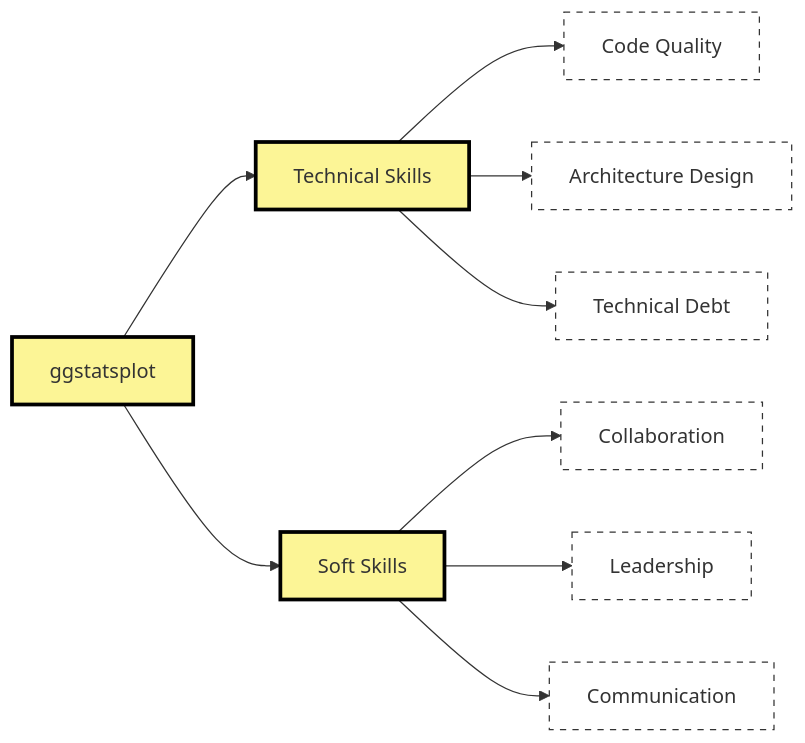
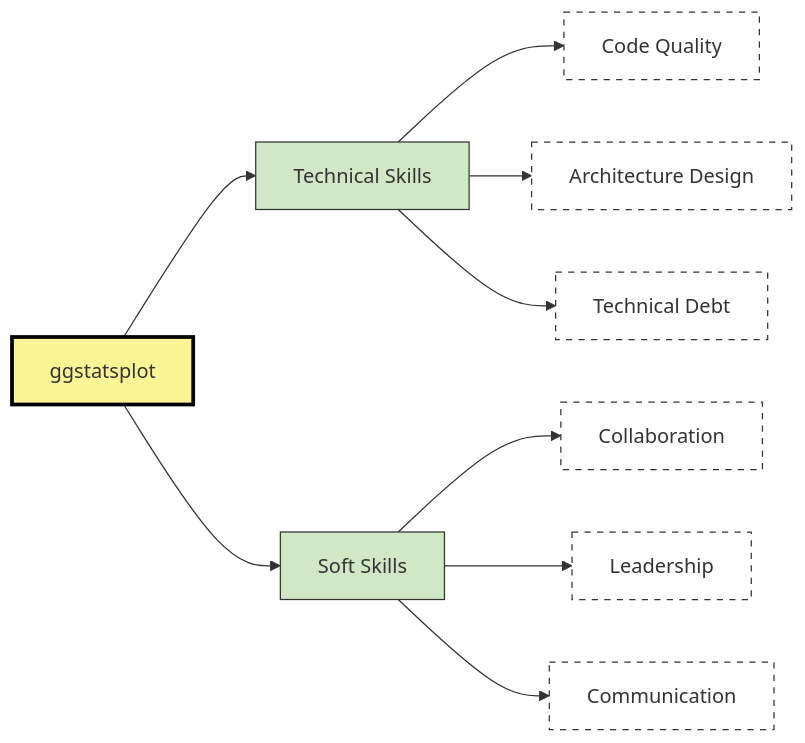
Before and after one commit to IndrajeetPatil/intro-to-ggstatsplot: the second of 2 diagrams in index.qmd, drawn with Mermaid. The commit also changed other lines of this file and 2 other files, not shown here.

````diff
--- a/index.qmd
+++ b/index.qmd
@@ -519,26 +519,27 @@
 ```{mermaid}
 %%| label: "biography"
 %%| echo: false
 graph LR
     Project[ggstatsplot]
 
     %% Technical Skills Branch
     Project --> TechSkills[Technical Skills]
     TechSkills --> CodeQuality[Code Quality]
     TechSkills --> ArchDesign[Architecture Design]
     TechSkills --> TechDebt[Technical Debt]
 
     %% Soft Skills Branch
     Project --> SoftSkills[Soft Skills]
     SoftSkills --> Collab[Collaboration]
     SoftSkills --> Leadership[Leadership]
     SoftSkills --> Communication[Communication]
 
     %% Styling using colorblind-friendly palette
     classDef mainNode fill:#FCF596,stroke:#000000,stroke-width:3px
+    classDef broardSkillNode fill:#D0E8C5,stroke:#333,stroke-width:1px
     classDef skillNode fill:#ffffff,stroke:#333,stroke-width:1px,stroke-dasharray: 5 5
 
     class Project mainNode
-    class TechSkills,SoftSkills mainNode
+    class TechSkills,SoftSkills broardSkillNode
     class CodeQuality,ArchDesign,TechDebt,Collab,Leadership,Communication skillNode
 ```
````
